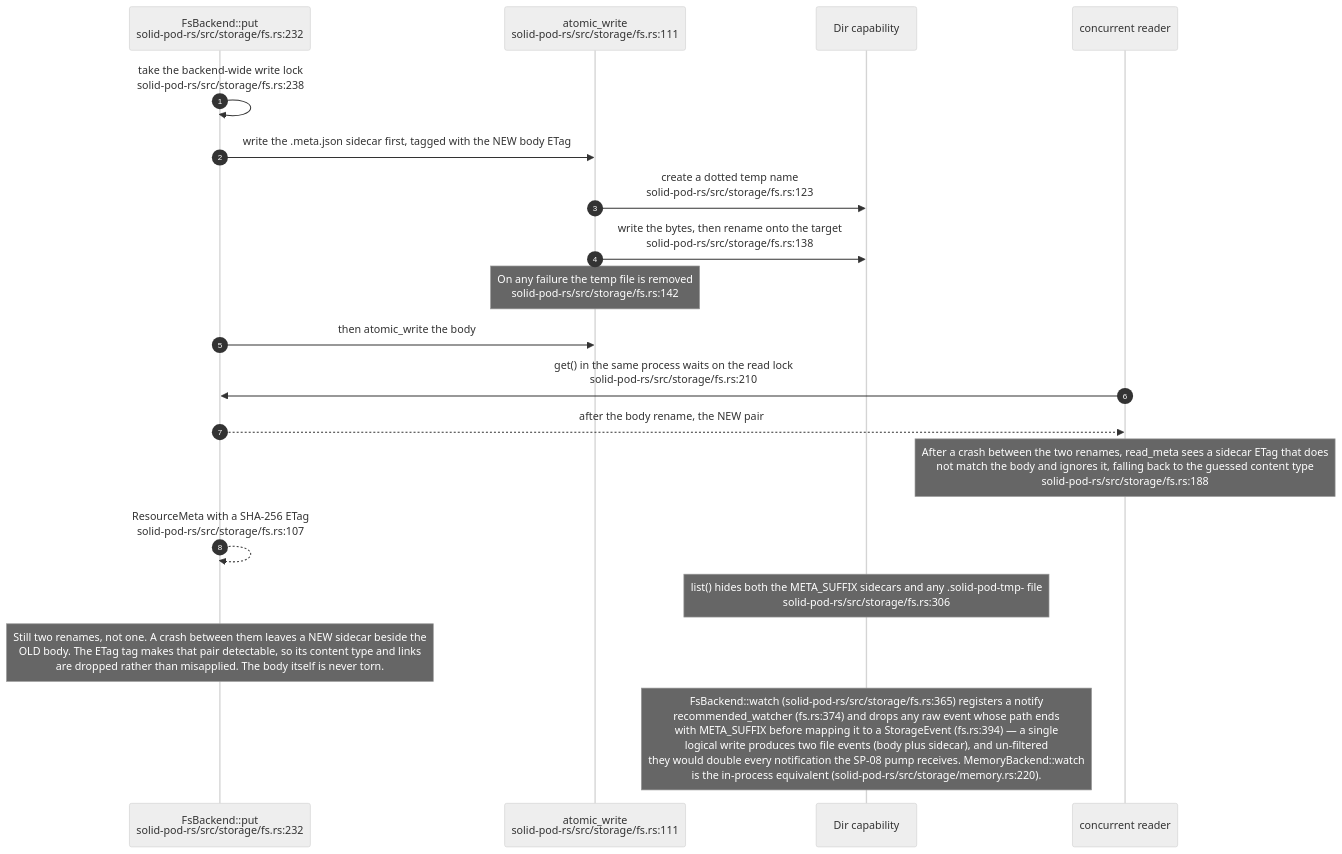
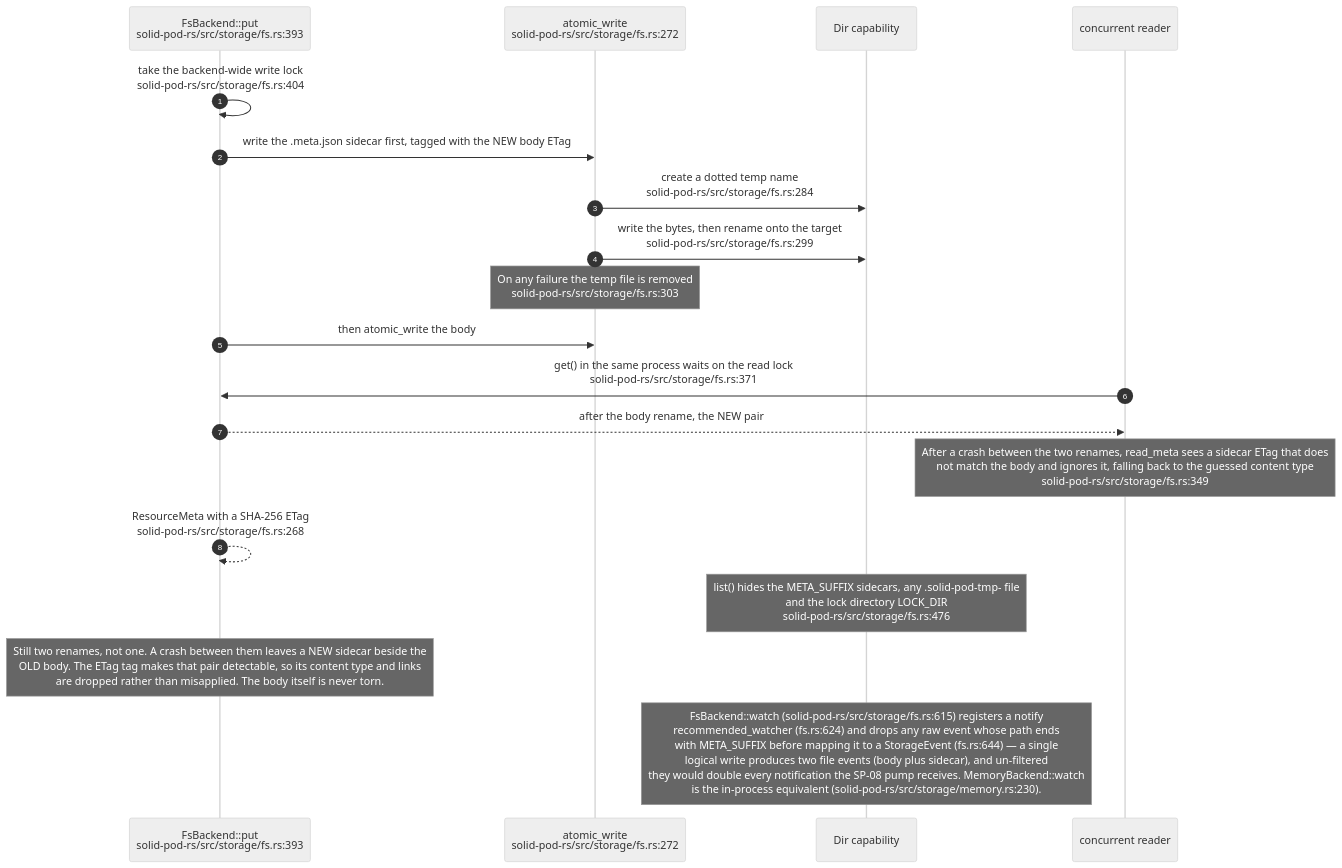
Before and after one commit to DreamLab-AI/VisionFlow: the fourth of 12 diagrams in docs/diagrams/solid-pod-rs/06-storage-quota-and-git-pods.md, drawn with Mermaid (neutral theme). The commit also changed other lines of this file and 1 other file, not shown here.

First line of the commit message:
docs(diagrams): SP-02, SP-06 re-verified at solid-pod-rs a28a748

````diff
--- a/docs/diagrams/solid-pod-rs/06-storage-quota-and-git-pods.md
+++ b/docs/diagrams/solid-pod-rs/06-storage-quota-and-git-pods.md
@@ -115,23 +124,23 @@
 ```mermaid
 sequenceDiagram
     autonumber
-    participant W as FsBackend::put<br/>solid-pod-rs/src/storage/fs.rs:232
-    participant A as atomic_write<br/>solid-pod-rs/src/storage/fs.rs:111
+    participant W as FsBackend::put<br/>solid-pod-rs/src/storage/fs.rs:393
+    participant A as atomic_write<br/>solid-pod-rs/src/storage/fs.rs:272
     participant D as Dir capability
     participant R as concurrent reader
 
-    W->>W: take the backend-wide write lock<br/>solid-pod-rs/src/storage/fs.rs:238
+    W->>W: take the backend-wide write lock<br/>solid-pod-rs/src/storage/fs.rs:404
     W->>A: write the .meta.json sidecar first, tagged with the NEW body ETag
-    A->>D: create a dotted temp name<br/>solid-pod-rs/src/storage/fs.rs:123
-    A->>D: write the bytes, then rename onto the target<br/>solid-pod-rs/src/storage/fs.rs:138
-    Note over A: On any failure the temp file is removed<br/>solid-pod-rs/src/storage/fs.rs:142
+    A->>D: create a dotted temp name<br/>solid-pod-rs/src/storage/fs.rs:284
+    A->>D: write the bytes, then rename onto the target<br/>solid-pod-rs/src/storage/fs.rs:299
+    Note over A: On any failure the temp file is removed<br/>solid-pod-rs/src/storage/fs.rs:303
     W->>A: then atomic_write the body
-    R->>W: get() in the same process waits on the read lock<br/>solid-pod-rs/src/storage/fs.rs:210
+    R->>W: get() in the same process waits on the read lock<br/>solid-pod-rs/src/storage/fs.rs:371
     W-->>R: after the body rename, the NEW pair
-    Note over R: After a crash between the two renames, read_meta sees a sidecar ETag that does<br/>not match the body and ignores it, falling back to the guessed content type<br/>solid-pod-rs/src/storage/fs.rs:188
-    W-->>W: ResourceMeta with a SHA-256 ETag<br/>solid-pod-rs/src/storage/fs.rs:107
+    Note over R: After a crash between the two renames, read_meta sees a sidecar ETag that does<br/>not match the body and ignores it, falling back to the guessed content type<br/>solid-pod-rs/src/storage/fs.rs:349
+    W-->>W: ResourceMeta with a SHA-256 ETag<br/>solid-pod-rs/src/storage/fs.rs:268
 
-    Note over D: list() hides both the META_SUFFIX sidecars and any .solid-pod-tmp- file<br/>solid-pod-rs/src/storage/fs.rs:306
+    Note over D: list() hides the META_SUFFIX sidecars, any .solid-pod-tmp- file<br/>and the lock directory LOCK_DIR<br/>solid-pod-rs/src/storage/fs.rs:476
     Note over W: Still two renames, not one. A crash between them leaves a NEW sidecar beside the<br/>OLD body. The ETag tag makes that pair detectable, so its content type and links<br/>are dropped rather than misapplied. The body itself is never torn.
-    Note over D: FsBackend::watch (solid-pod-rs/src/storage/fs.rs:365) registers a notify<br/>recommended_watcher (fs.rs:374) and drops any raw event whose path ends<br/>with META_SUFFIX before mapping it to a StorageEvent (fs.rs:394) — a single<br/>logical write produces two file events (body plus sidecar), and un-filtered<br/>they would double every notification the SP-08 pump receives. MemoryBackend::watch<br/>is the in-process equivalent (solid-pod-rs/src/storage/memory.rs:220).
+    Note over D: FsBackend::watch (solid-pod-rs/src/storage/fs.rs:615) registers a notify<br/>recommended_watcher (fs.rs:624) and drops any raw event whose path ends<br/>with META_SUFFIX before mapping it to a StorageEvent (fs.rs:644) — a single<br/>logical write produces two file events (body plus sidecar), and un-filtered<br/>they would double every notification the SP-08 pump receives. MemoryBackend::watch<br/>is the in-process equivalent (solid-pod-rs/src/storage/memory.rs:230).
 ```
````
